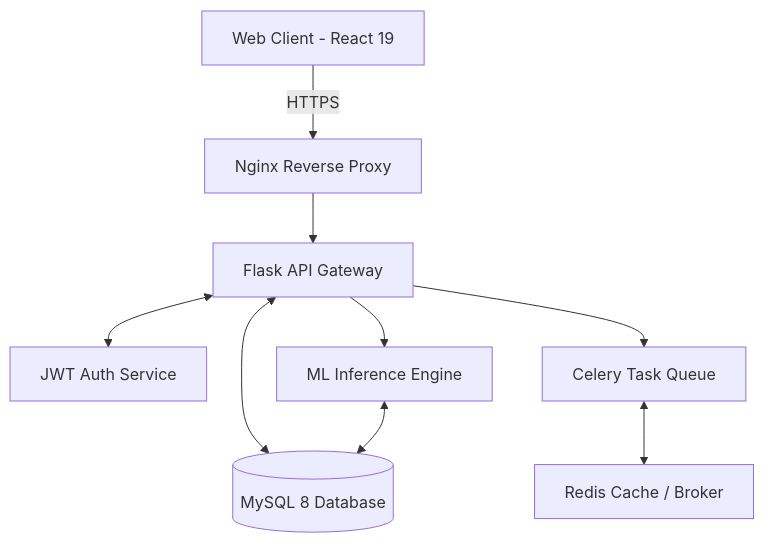
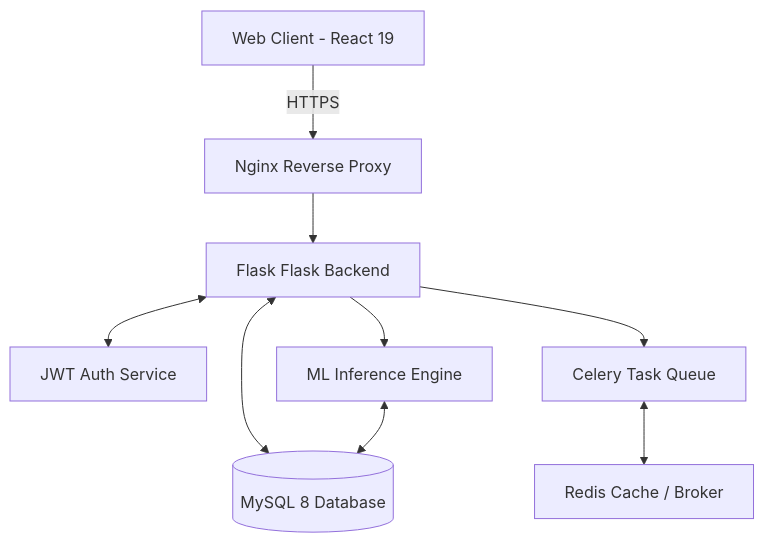
Before and after one commit to JagabattulaKarthikeya-1227/FraudShield-AI: the first of 5 diagrams in docs/diagrams/architecture.md, drawn with Mermaid. The commit also changed 21 other files, not shown here.

````diff
--- a/docs/diagrams/architecture.md
+++ b/docs/diagrams/architecture.md
@@ -7,20 +7,20 @@
 ```mermaid
 graph TD
     Client[Web Client - React 19]
     Nginx[Nginx Reverse Proxy]
-    API[Flask API Gateway]
+    API[Flask Flask Backend]
     Auth[JWT Auth Service]
     ML[ML Inference Engine]
     Celery[Celery Task Queue]
     Redis[Redis Cache / Broker]
     DB[(MySQL 8 Database)]
     
     Client -->|HTTPS| Nginx
     Nginx --> API
     API <--> Auth
     API --> ML
     API --> Celery
     Celery <--> Redis
     API <--> DB
     ML <--> DB
 ```
````
